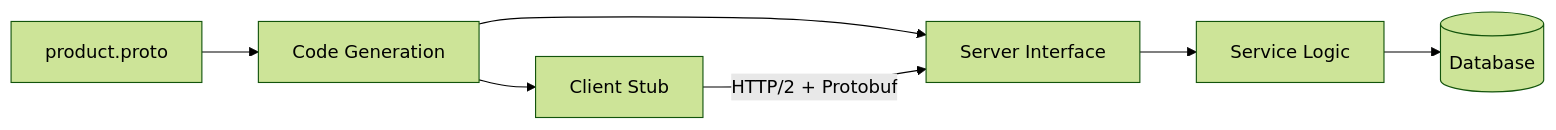
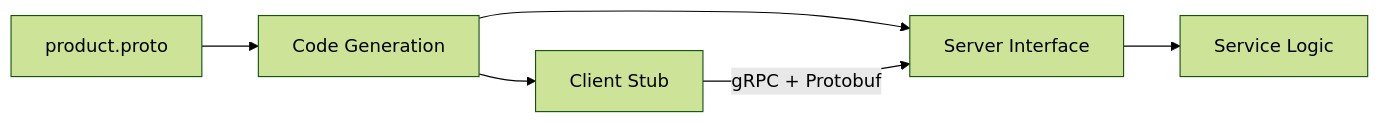
One commit to AvadhBhalodiya/Interview-Preparation changed the fifth of 6 diagrams in src/content/api-design/rest-vs-graphql-vs-grpc.md. Above: the diagram before and after it, drawn with Mermaid (forest theme). The commit also changed other lines of this file and 54 other files, not shown here.

````diff
--- a/src/content/api-design/rest-vs-graphql-vs-grpc.md
+++ b/src/content/api-design/rest-vs-graphql-vs-grpc.md
@@ -506,9 +366,8 @@
 ```mermaid
 flowchart LR
-    P[product.proto] --> CG[Code Generation]
-    CG --> CS[Client Stub]
-    CG --> SS[Server Interface]
-    CS -->|HTTP/2 + Protobuf| SS
-    SS --> APP[Service Logic]
-    APP --> DB[(Database)]
+    PROTO[product.proto] --> GEN[Code Generation]
+    GEN --> C[Client Stub]
+    GEN --> S[Server Interface]
+    C -->|gRPC + Protobuf| S
+    S --> APP[Service Logic]
 ```
````
